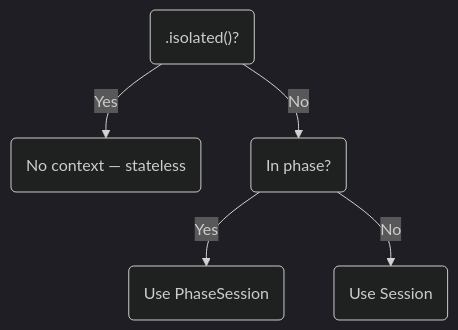
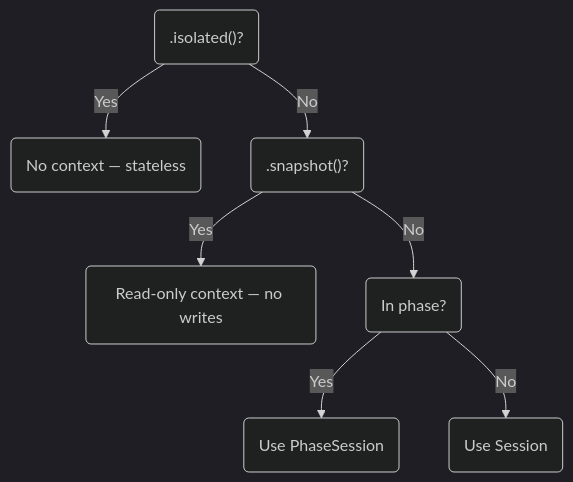
Before and after one commit to daiichisankyo/AgenticFlow: the diagram in docs/en/context-resolution.md, drawn with Mermaid (dark theme). The commit also changed other lines of this file and 5 other files, not shown here.

Commit message:
feat: add .snapshot() modifier for read-only context access

````diff
--- a/docs/en/context-resolution.md
+++ b/docs/en/context-resolution.md
@@ -39,7 +41,9 @@
 ```mermaid
 graph TD
     A(".isolated()?") -->|"Yes"| B("No context — stateless")
-    A -->|"No"| C("In phase?")
+    A -->|"No"| A2(".snapshot()?")
+    A2 -->|"Yes"| B2("Read-only context — no writes")
+    A2 -->|"No"| C("In phase?")
     C -->|"Yes"| D("Use PhaseSession")
     C -->|"No"| E("Use Session")
 ```
````
